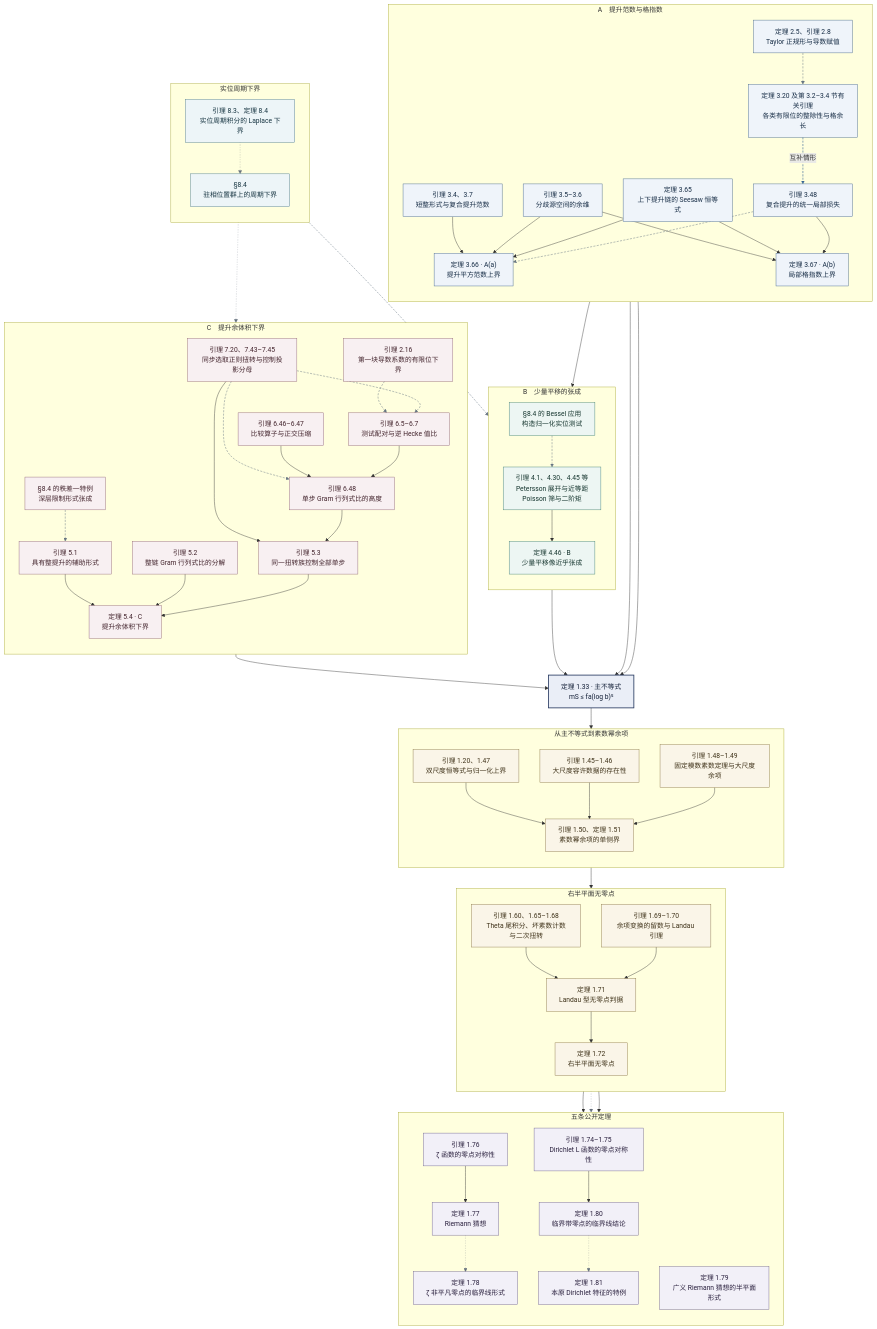
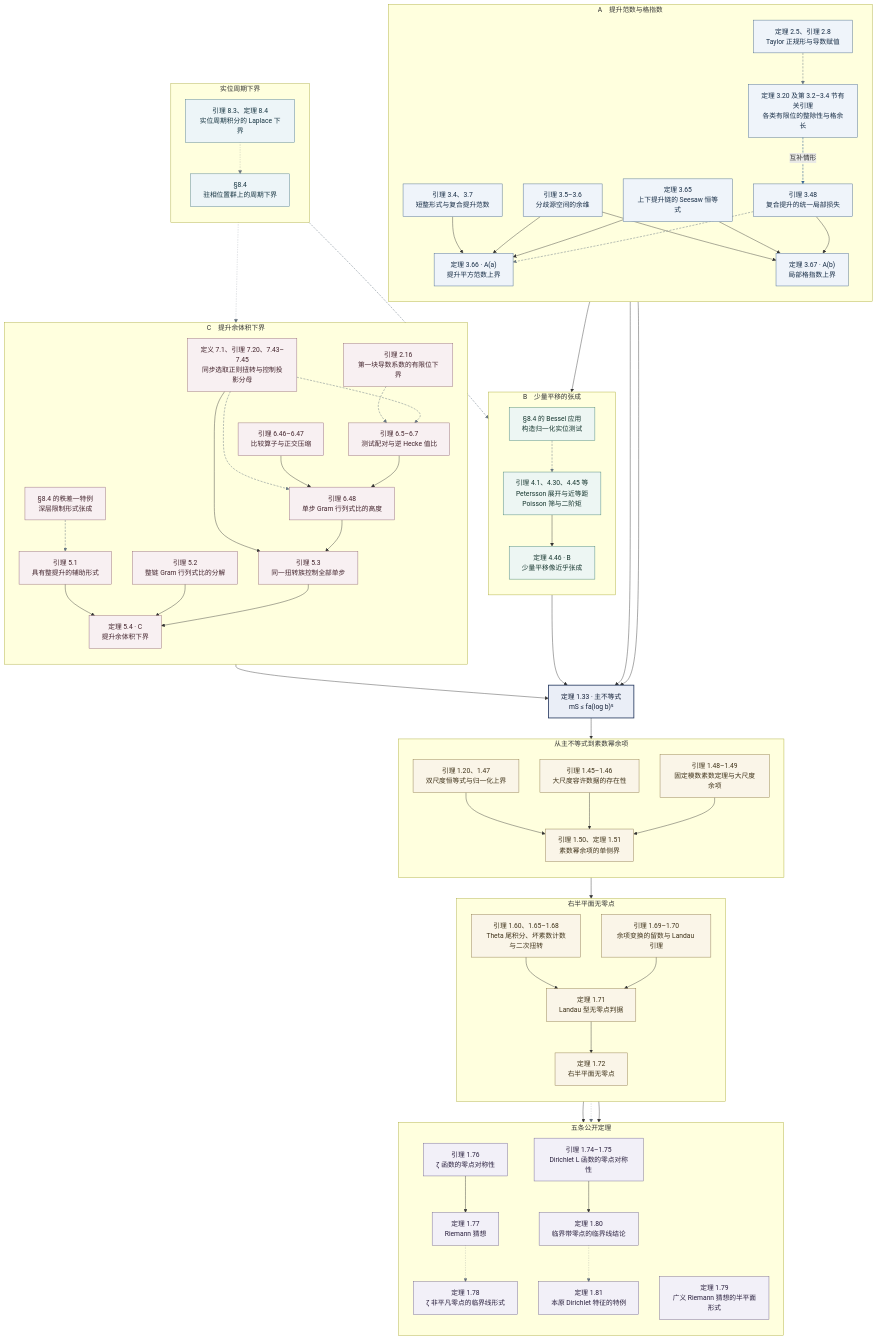
One commit to Euler2023/grh-blueprint changed the diagram in monograph/work/proof-dependencies/dependency-draft.md. Above: the diagram before and after it, drawn with Mermaid. The commit also changed other lines of this file and 24 other files, not shown here.

```diff
--- a/monograph/work/proof-dependencies/dependency-draft.md
+++ b/monograph/work/proof-dependencies/dependency-draft.md
@@ -37,7 +37,7 @@
     coeff["引理 2.16<br/>第一块导数系数的有限位下界"]:::volume
     hecke["引理 6.5–6.7<br/>测试配对与逆 Hecke 值比"]:::volume
     comp["引理 6.46–6.47<br/>比较算子与正交压缩"]:::volume
-    regular["引理 7.20、7.43–7.45<br/>同步选取正则扭转与控制投影分母"]:::volume
+    regular["定义 7.1、引理 7.20、7.43–7.45<br/>同步选取正则扭转与控制投影分母"]:::volume
     single["引理 6.48<br/>单步 Gram 行列式比的高度"]:::volume
     sync["引理 5.3<br/>同一扭转族控制全部单步"]:::volume
     factor["引理 5.2<br/>整链 Gram 行列式比的分解"]:::volume
```
